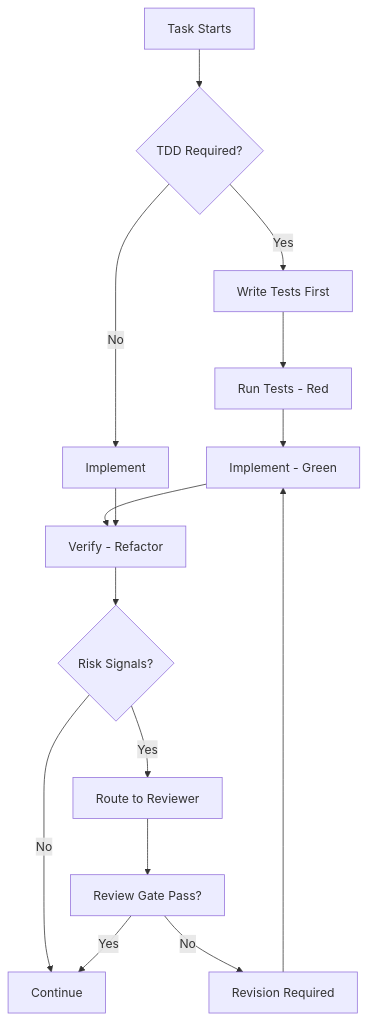
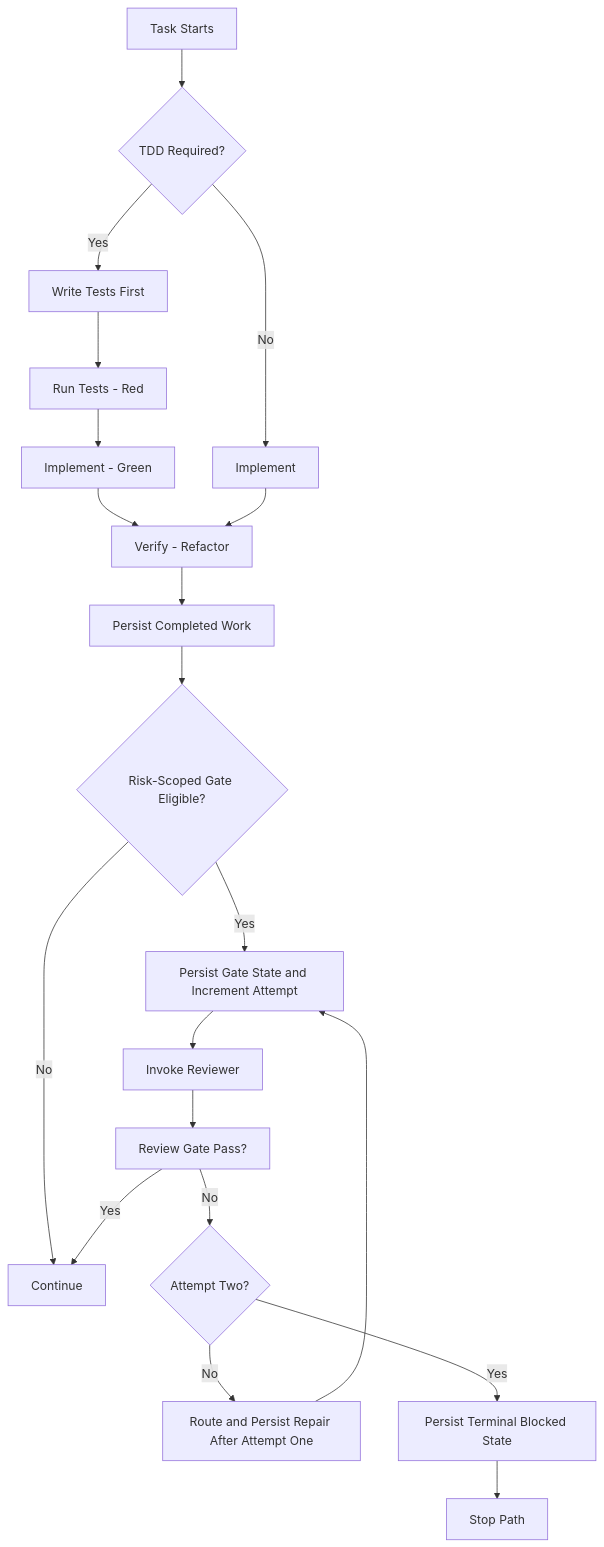
One commit to mubaidr/gem-team changed the diagram in docs/src/content/2.guide/quality.md. Above: the diagram before and after it, drawn with Mermaid. The commit also changed other lines of this file and 6 other files, not shown here.

````diff
--- a/docs/src/content/2.guide/quality.md
+++ b/docs/src/content/2.guide/quality.md
@@ -17,17 +17,22 @@
 ```mermaid
 flowchart TD
     A[Task Starts] --> B{TDD Required?}
     B -->|Yes| C[Write Tests First]
     B -->|No| D[Implement]
     C --> E[Run Tests - Red]
     E --> F[Implement - Green]
     F --> G[Verify - Refactor]
     D --> G
-    G --> H{Risk Signals?}
-    H -->|Yes| I[Route to Reviewer]
-    H -->|No| J[Continue]
-    I --> K[Review Gate Pass?]
-    K -->|Yes| J
-    K -->|No| L[Revision Required]
-    L --> F
+    G --> H[Persist Completed Work]
+    H --> I{Risk-Scoped Gate Eligible?}
+    I -->|No| J[Continue]
+    I -->|Yes| K[Persist Gate State and Increment Attempt]
+    K --> L[Invoke Reviewer]
+    L --> M[Review Gate Pass?]
+    M -->|Yes| J
+    M -->|No| N{Attempt Two?}
+    N -->|No| O[Route and Persist Repair After Attempt One]
+    O --> K
+    N -->|Yes| P[Persist Terminal Blocked State]
+    P --> Q[Stop Path]
 ```
````
